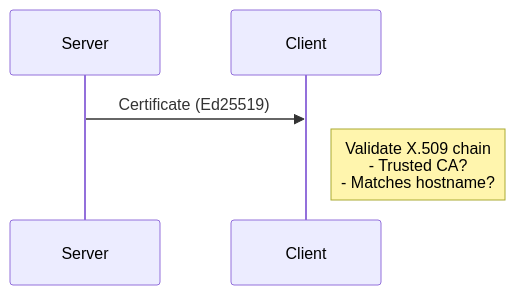
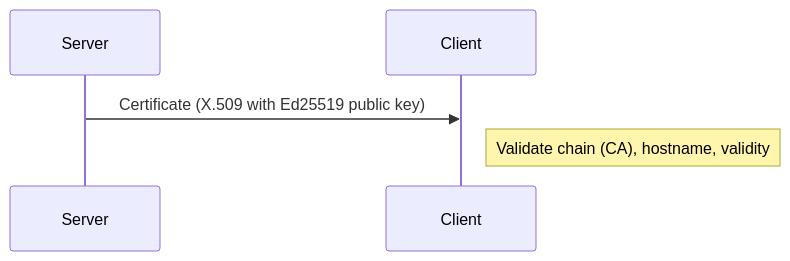
One commit to cicorias/ec-curves-handshakes changed the fourth of 5 diagrams in README.md. Above: the diagram before and after it, drawn with Mermaid. The commit also changed other lines of this file and 9 other files, not shown here.

````diff
--- a/README.md
+++ b/README.md
@@ -95,8 +80,8 @@
 ```mermaid
 sequenceDiagram
     participant Server
     participant Client
 
-    Server->>Client: Certificate (Ed25519)
-    Note right of Client: Validate X.509 chain<br/>- Trusted CA?<br/>- Matches hostname?
+    Server->>Client: Certificate (X.509 with Ed25519 public key)
+    Note right of Client: Validate chain (CA), hostname, validity
 ```
````
